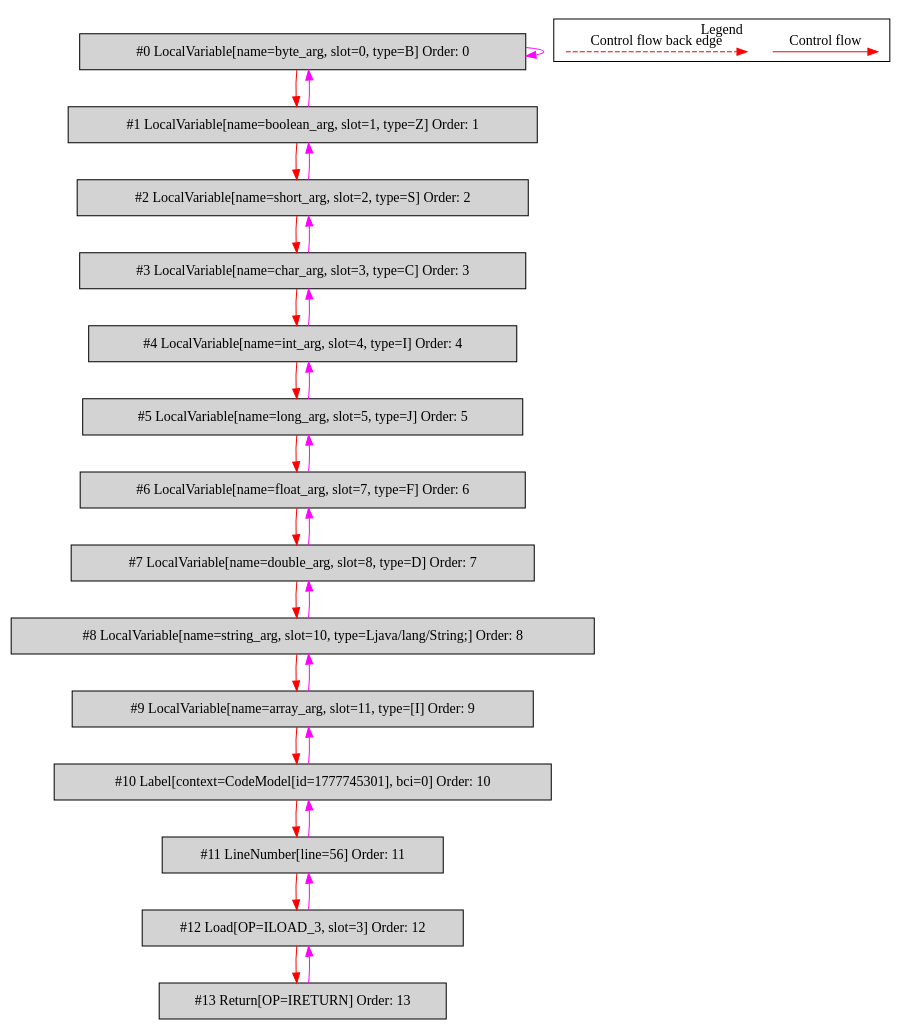
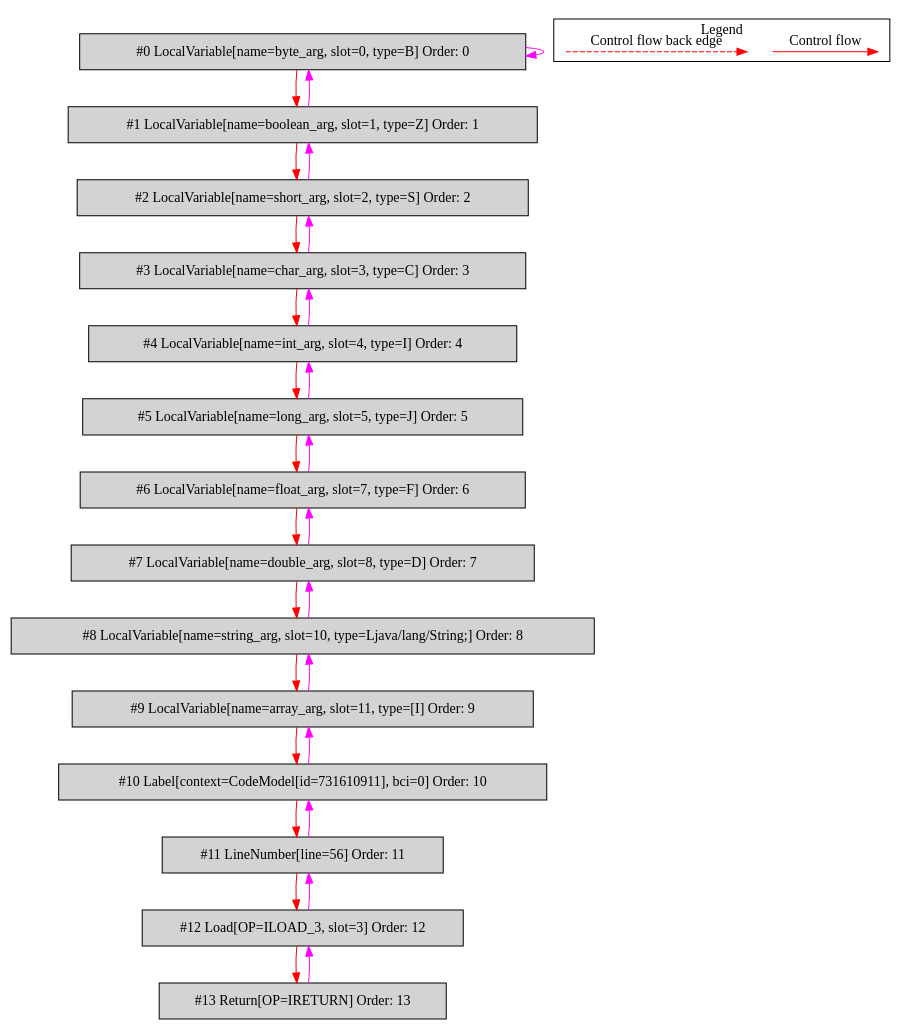
One commit to mirkosertic/MetaIR changed the diagram in de.mirkosertic.metair.ir.examples.MethodInvokeTest/simple_method_return_char/bytecodecfg.dot. Above: the diagram before and after it, drawn with Graphviz. The commit also changed 1247 other files, not shown here.

```diff
--- a/de.mirkosertic.metair.ir.examples.MethodInvokeTest/simple_method_return_char/bytecodecfg.dot
+++ b/de.mirkosertic.metair.ir.examples.MethodInvokeTest/simple_method_return_char/bytecodecfg.dot
@@ -1,58 +1,58 @@
 digraph {
  ordering="in";
  node0[label="#0 LocalVariable[name=byte_arg, slot=0, type=B] Order: 0", shape=box, fillcolor=lightgrey, style=filled];
  node1[label="#1 LocalVariable[name=boolean_arg, slot=1, type=Z] Order: 1", shape=box, fillcolor=lightgrey, style=filled];
  node2[label="#2 LocalVariable[name=short_arg, slot=2, type=S] Order: 2", shape=box, fillcolor=lightgrey, style=filled];
  node3[label="#3 LocalVariable[name=char_arg, slot=3, type=C] Order: 3", shape=box, fillcolor=lightgrey, style=filled];
  node4[label="#4 LocalVariable[name=int_arg, slot=4, type=I] Order: 4", shape=box, fillcolor=lightgrey, style=filled];
  node5[label="#5 LocalVariable[name=long_arg, slot=5, type=J] Order: 5", shape=box, fillcolor=lightgrey, style=filled];
  node6[label="#6 LocalVariable[name=float_arg, slot=7, type=F] Order: 6", shape=box, fillcolor=lightgrey, style=filled];
  node7[label="#7 LocalVariable[name=double_arg, slot=8, type=D] Order: 7", shape=box, fillcolor=lightgrey, style=filled];
  node8[label="#8 LocalVariable[name=string_arg, slot=10, type=Ljava/lang/String;] Order: 8", shape=box, fillcolor=lightgrey, style=filled];
  node9[label="#9 LocalVariable[name=array_arg, slot=11, type=[I] Order: 9", shape=box, fillcolor=lightgrey, style=filled];
- node10[label="#10 Label[context=CodeModel[id=1777745301], bci=0] Order: 10", shape=box, fillcolor=lightgrey, style=filled];
+ node10[label="#10 Label[context=CodeModel[id=731610911], bci=0] Order: 10", shape=box, fillcolor=lightgrey, style=filled];
  node11[label="#11 LineNumber[line=56] Order: 11", shape=box, fillcolor=lightgrey, style=filled];
  node12[label="#12 Load[OP=ILOAD_3, slot=3] Order: 12", shape=box, fillcolor=lightgrey, style=filled];
  node13[label="#13 Return[OP=IRETURN] Order: 13", shape=box, fillcolor=lightgrey, style=filled];
  node0 -> node0[color=fuchsia];
  node0 -> node1[color=red];
  node1 -> node0[color=fuchsia];
  node1 -> node2[color=red];
  node2 -> node1[color=fuchsia];
  node2 -> node3[color=red];
  node3 -> node2[color=fuchsia];
  node3 -> node4[color=red];
  node4 -> node3[color=fuchsia];
  node4 -> node5[color=red];
  node5 -> node4[color=fuchsia];
  node5 -> node6[color=red];
  node6 -> node5[color=fuchsia];
  node6 -> node7[color=red];
  node7 -> node6[color=fuchsia];
  node7 -> node8[color=red];
  node8 -> node7[color=fuchsia];
  node8 -> node9[color=red];
  node9 -> node8[color=fuchsia];
  node9 -> node10[color=red];
  node10 -> node9[color=fuchsia];
  node10 -> node11[color=red];
  node11 -> node10[color=fuchsia];
  node11 -> node12[color=red];
  node12 -> node11[color=fuchsia];
  node12 -> node13[color=red];
  node13 -> node12[color=fuchsia];
  subgraph cluster_000 {
   label = "Legend";
   node [shape=point]
   {
    rank=same;
    c0 [style = invis];
    c1 [style = invis];
    c2 [style = invis];
    c3 [style = invis];
   }
   c0 -> c1 [label="Control flow", style=solid, color=red]
   c2 -> c3 [label="Control flow back edge", style=dashed, color=red]
  }
 
 }
```
